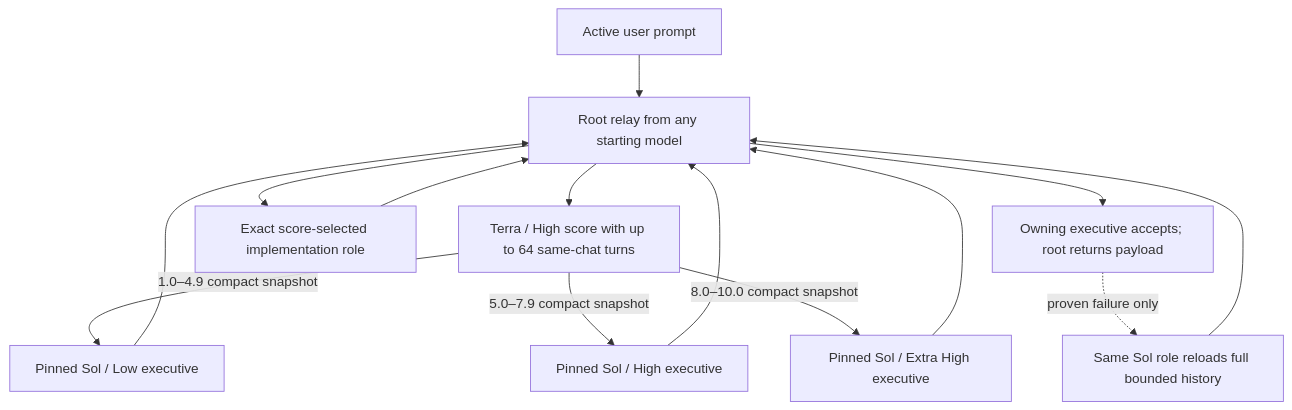
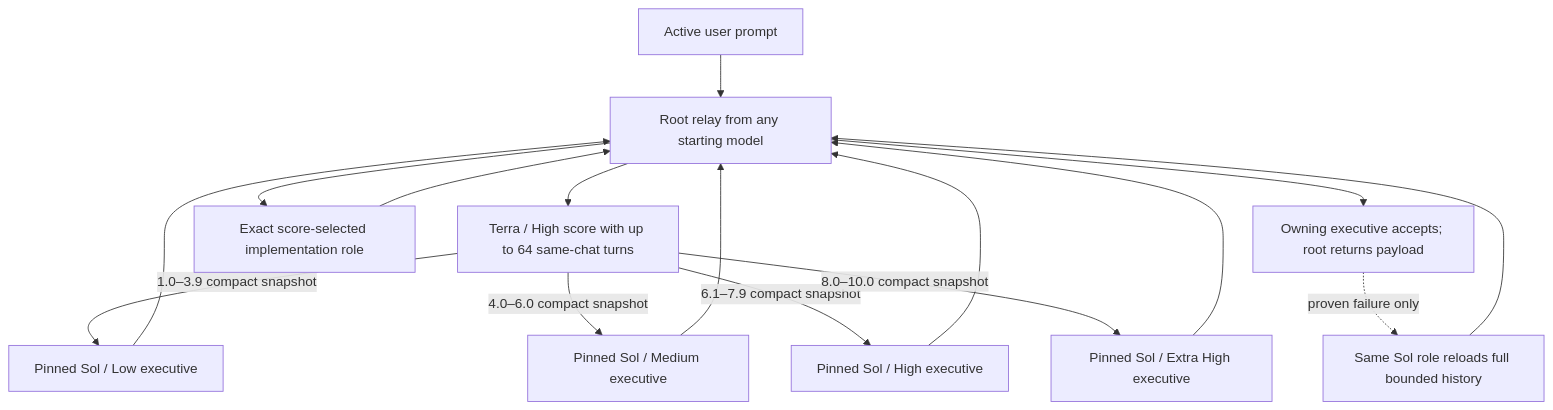
Before and after one commit to jessejaffe/codex-orchestration: the diagram in README.md, drawn with Mermaid. The commit also changed other lines of this file and 10 other files, not shown here.

Commit message:
Rebalance Sol executive supervision

````diff
--- a/README.md
+++ b/README.md
@@ -104,16 +104,18 @@
 ```mermaid
 flowchart TD
     U["Active user prompt"] --> H["Root relay from any starting model"]
     H --> T["Terra / High score with up to 64 same-chat turns"]
-    T -->|"1.0–4.9 compact snapshot"| L["Pinned Sol / Low executive"]
-    T -->|"5.0–7.9 compact snapshot"| S["Pinned Sol / High executive"]
+    T -->|"1.0–3.9 compact snapshot"| L["Pinned Sol / Low executive"]
+    T -->|"4.0–6.0 compact snapshot"| M["Pinned Sol / Medium executive"]
+    T -->|"6.1–7.9 compact snapshot"| S["Pinned Sol / High executive"]
     T -->|"8.0–10.0 compact snapshot"| X["Pinned Sol / Extra High executive"]
     L --> H
+    M --> H
     S --> H
     X --> H
     H --> P["Exact score-selected implementation role"]
     P --> H
     H --> R["Owning executive accepts; root returns payload"]
     R -. "proven failure only" .-> F["Same Sol role reloads full bounded history"]
     F --> H
 ```
````
